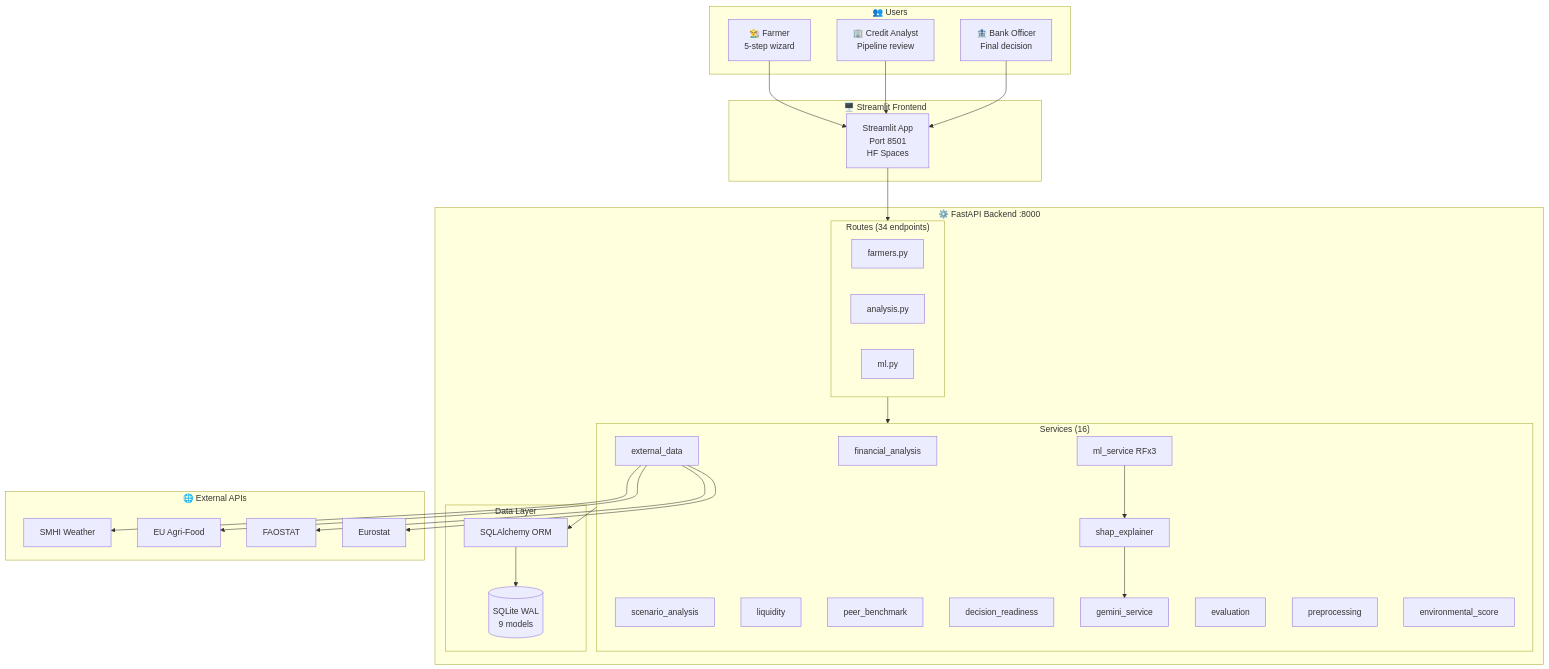
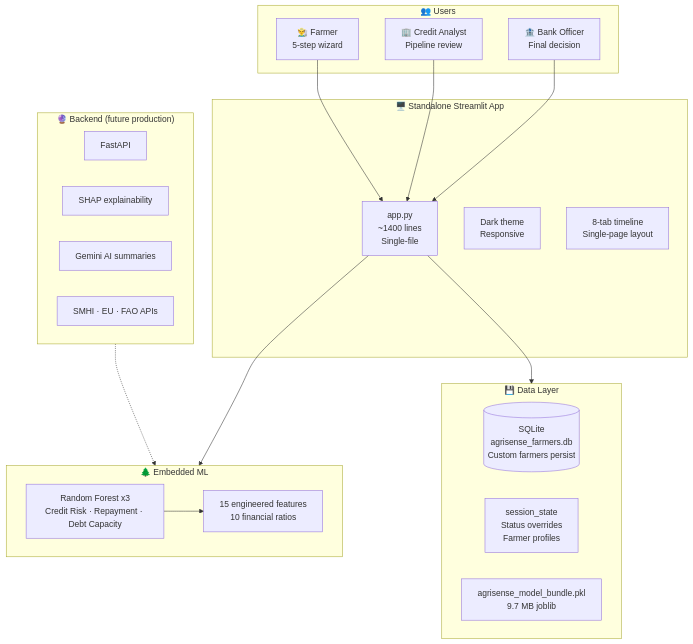
One commit to Uday-Kiran-01/AgriSense changed the first of 4 diagrams in docs/architecture.md. Above: the diagram before and after it, drawn with Mermaid. The commit also changed other lines of this file and 1 other file, not shown here.

Commit message:
Update architecture.md and technical-writeup.md for standalone Streamlit demo + SHAP status

````diff
--- a/docs/architecture.md
+++ b/docs/architecture.md
@@ -10,61 +10,40 @@
 ```mermaid
 graph TB
     subgraph Users["👥 Users"]
         Farmer["👨‍🌾 Farmer<br/>5-step wizard"]
         Analyst["🏢 Credit Analyst<br/>Pipeline review"]
         Bank["🏦 Bank Officer<br/>Final decision"]
     end
 
-    subgraph Frontend["🖥️ Streamlit Frontend"]
-        UI["Streamlit App<br/>Port 8501<br/>HF Spaces"]
+    subgraph Frontend["🖥️ Standalone Streamlit App"]
+        UI["app.py<br/>~1400 lines<br/>Single-file"]
+        CSS["Dark theme<br/>Responsive"]
+        Tabs["8-tab timeline<br/>Single-page layout"]
     end
 
-    subgraph Backend["⚙️ FastAPI Backend :8000"]
-        subgraph Routers["Routes (34 endpoints)"]
-            FR["farmers.py"]
-            AR["analysis.py"]
-            MR["ml.py"]
-        end
-
-        subgraph Services["Services (16)"]
-            FA["financial_analysis"]
-            ML["ml_service RFx3"]
-            SC["scenario_analysis"]
-            LQ["liquidity"]
-            PB["peer_benchmark"]
-            DR["decision_readiness"]
-            ED["external_data"]
-            SH["shap_explainer"]
-            GM["gemini_service"]
-            EV["evaluation"]
-            PP["preprocessing"]
-            ES["environmental_score"]
-        end
-
-        subgraph Data["Data Layer"]
-            DB[("SQLite WAL<br/>9 models")]
-            ORM["SQLAlchemy ORM"]
-        end
+    subgraph ML["🌲 Embedded ML"]
+        RF["Random Forest x3<br/>Credit Risk · Repayment · Debt Capacity"]
+        FE["15 engineered features<br/>10 financial ratios"]
     end
 
-    subgraph External["🌐 External APIs"]
-        SMHI["SMHI Weather"]
-        EU["EU Agri-Food"]
-        FAO["FAOSTAT"]
-        ESTAT["Eurostat"]
+    subgraph Storage["💾 Data Layer"]
+        SQLite[("SQLite<br/>agrisense_farmers.db<br/>Custom farmers persist")]
+        SS["session_state<br/>Status overrides<br/>Farmer profiles"]
+        Bundle["agrisense_model_bundle.pkl<br/>9.7 MB joblib"]
+    end
+
+    subgraph Future["🔮 Backend (future production)"]
+        FastAPI["FastAPI"]
+        SHAP["SHAP explainability"]
+        Gemini["Gemini AI summaries"]
+        APIs["SMHI · EU · FAO APIs"]
     end
 
     Farmer --> UI
     Analyst --> UI
     Bank --> UI
-    UI --> Routers
-    Routers --> Services
-    Services --> ORM
-    ORM --> DB
-    ED --> SMHI
-    ED --> EU
-    ED --> FAO
-    ED --> ESTAT
-    ML --> SH
-    SH --> GM
+    UI --> ML
+    UI --> Storage
+    RF --> FE
+    Future -.-> ML
 ```
````
